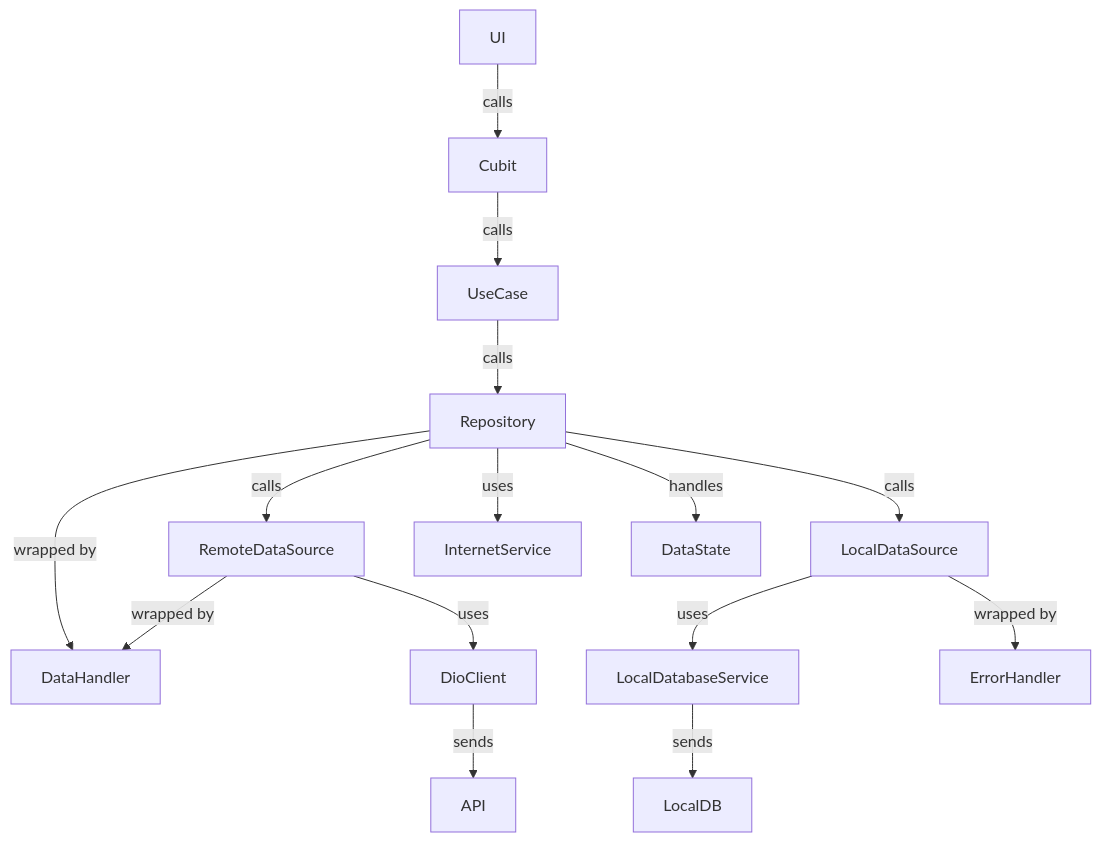
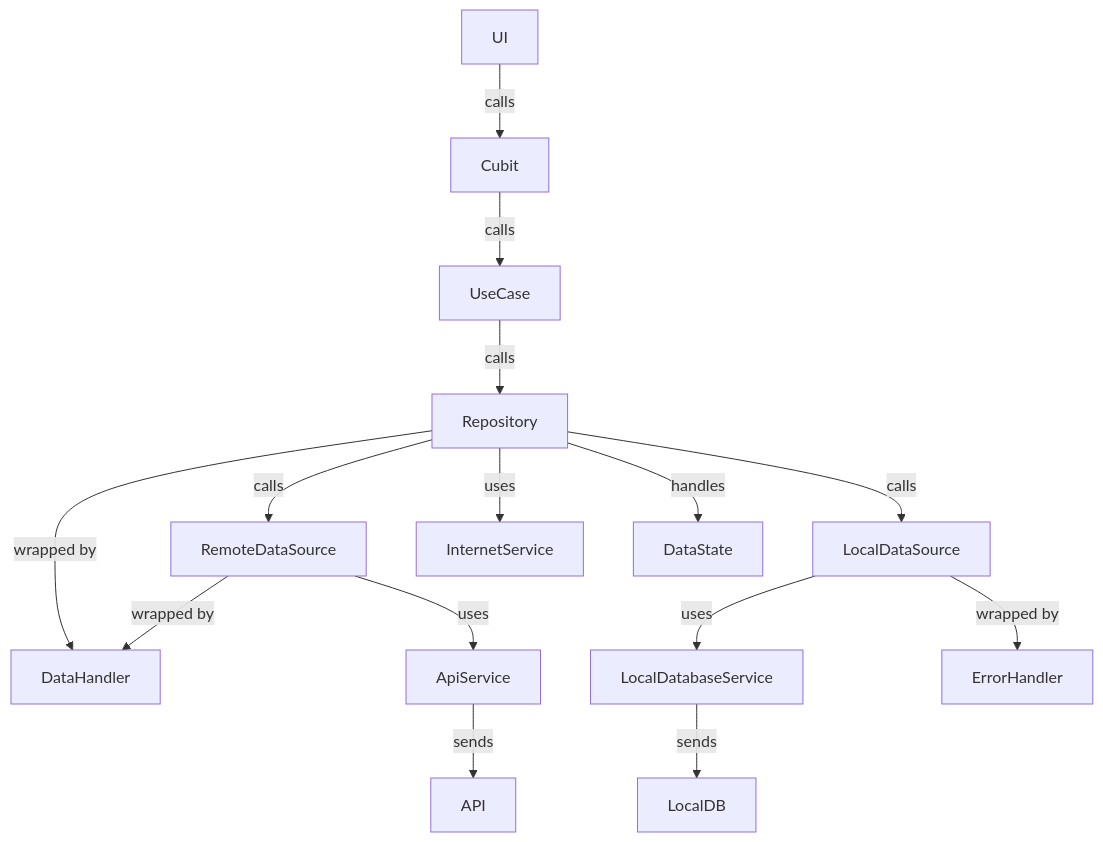
Before and after one commit to gaurishankar007/Flutter-Clean-Architecture-SOLID-Principle: the first of 2 diagrams in README.md, drawn with Mermaid. The commit also changed other lines of this file and 30 other files, not shown here.

````diff
--- a/README.md
+++ b/README.md
@@ -298,17 +211,17 @@
 ```mermaid
 graph TD
     UI -->|calls| Cubit
     Cubit -->|calls| UseCase
     UseCase -->|calls| Repository
     Repository -->|calls| RemoteDataSource
     Repository -->|calls| LocalDataSource
     Repository -->|uses| InternetService
     Repository -->|wrapped by| DataHandler
     Repository -->|handles| DataState
-    RemoteDataSource -->|uses| DioClient
+    RemoteDataSource -->|uses| ApiService
     RemoteDataSource -->|wrapped by| DataHandler
-    DioClient -->|sends| API
+    ApiService -->|sends| API
     LocalDataSource -->|uses| LocalDatabaseService
     LocalDataSource -->|wrapped by| ErrorHandler
     LocalDatabaseService -->|sends| LocalDB
 ```
````
